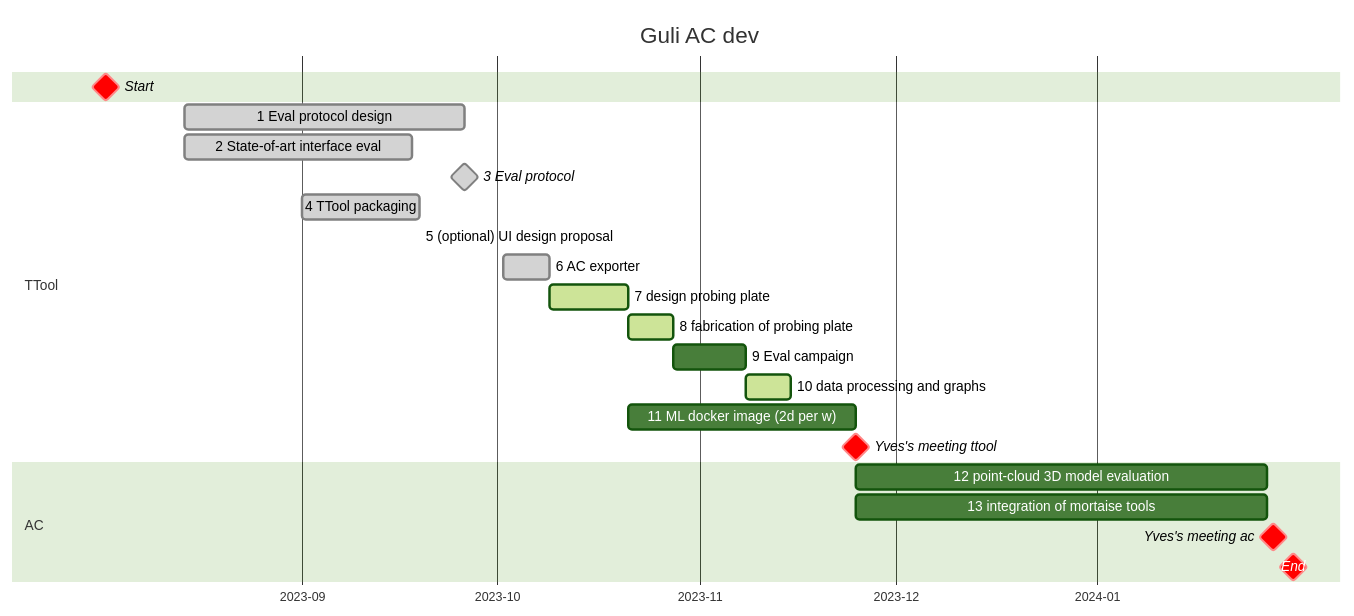
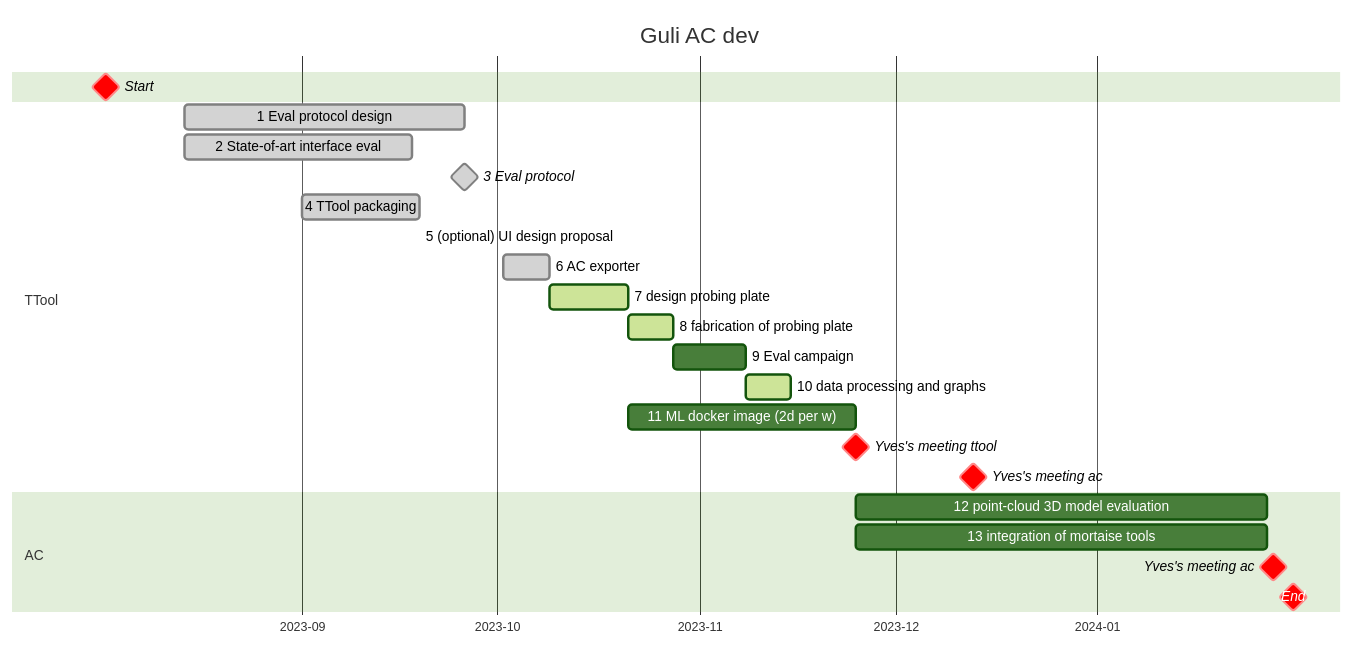
One commit to ibois-epfl/augmented-carpentry changed the first of 2 diagrams in README.md. Above: the diagram before and after it, drawn with Mermaid (forest theme).

Commit message:
ADD: new meeting with yves added

````diff
--- a/README.md
+++ b/README.md
@@ -16,29 +16,30 @@
 ```mermaid
 gantt
     dateFormat  YYYY-MM-DD
     title       Guli AC dev
     axisFormat %Y-%m
 
     Start                                                     :milestone, crit, strt, 2023-08-02, 0d
 
     section TTool
     1 Eval protocol design                                      :done, cmkprj, 2023-08-14, 6.2w
     2 State-of-art interface eval                               :done, ref, 2023-08-14, 5w
     3 Eval protocol                                             :done, milestone, milttol, 2023-09-26, 0d
     4 TTool packaging                                           :done, packcont, 2023-09-01, 2.5w
     5 (optional) UI design proposal                             :uidesign, after packcont, 0d
     6 AC exporter                                               :done, acexp, 2023-10-02, 1w
     7 design probing plate                                      :active, active, probplt, after acexp, 12d
     8 fabrication of probing plate                              :active, fabplt, after probplt, 1w
     9 Eval campaign                                             :eval, after fabplt, 1.5w
     10 data processing and graphs                               :active, dataaprgr, after eval, 1w
     11 ML docker image (2d per w)                               :mlclass, after probplt, 5w
     Yves's meeting ttool                                        :milestone, crit, after mlclass, 0d
+    Yves's meeting ac                                           :milestone, crit, 2023-12-13, 0d
 
     section AC
     12 point-cloud 3D model evaluation                          :acdev, after mlclass, 9w
     13 integration of mortaise tools                            :acdev, after mlclass, 9w
     Yves's meeting ac                                        :milestone, crit, 2024-01-28, 0d
 
     End                                                         :milestone, crit, ender, 2024-01-31, 0d
 ```
````
